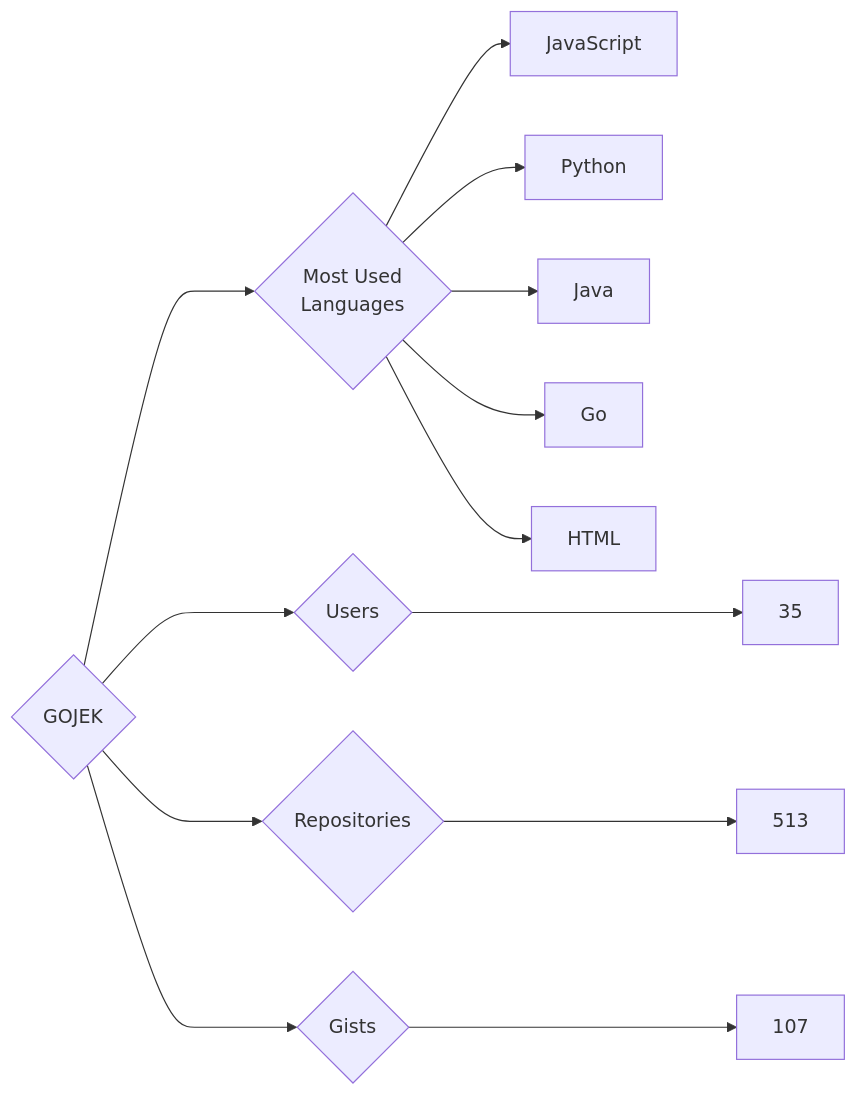
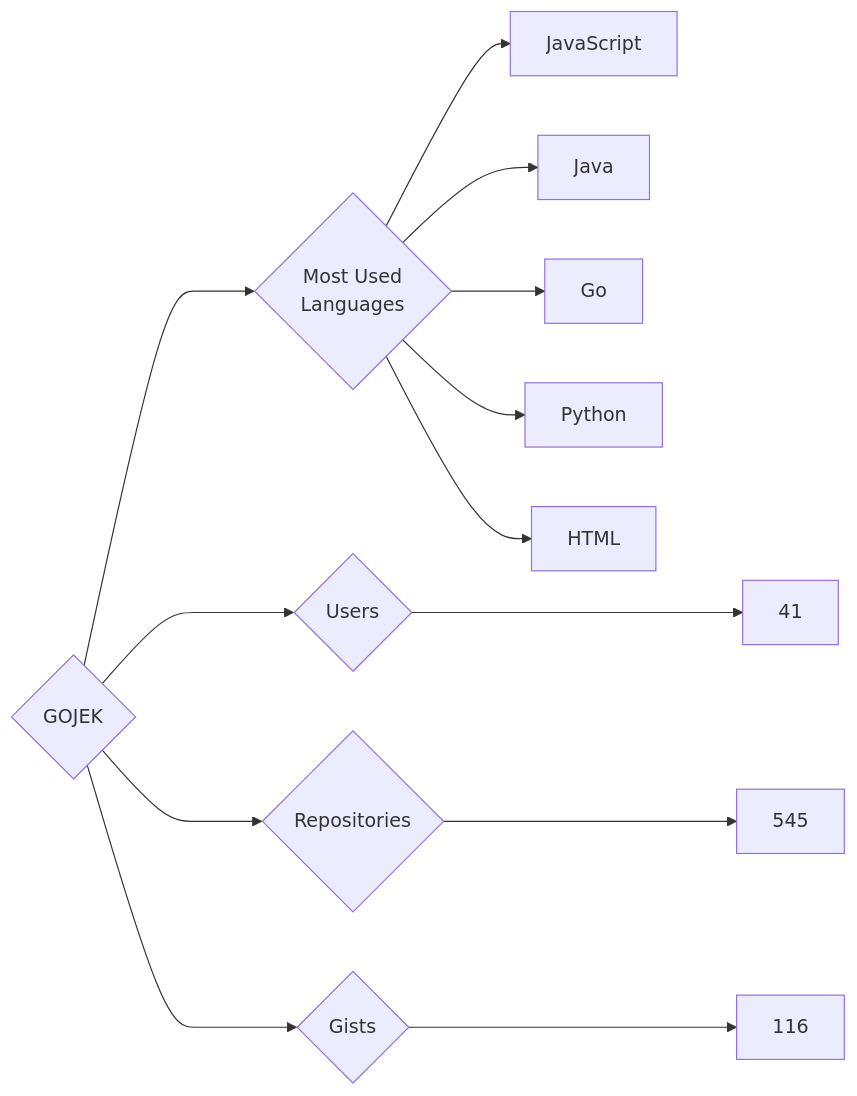
One commit to trickest/insiders changed the diagram in targets/GOJEK/README.md. Above: the diagram before and after it, drawn with Mermaid. The commit also changed 777 other files, not shown here.

````diff
--- a/targets/GOJEK/README.md
+++ b/targets/GOJEK/README.md
@@ -3,13 +3,13 @@
 ```mermaid
 graph LR
 COMPANY_NAME{GOJEK}
-COMPANY_NAME ---> U{Users} ---> UN[35]
-COMPANY_NAME ---> R{Repositories} ---> RN[513]
-COMPANY_NAME ---> G{Gists} ---> GN[107]
+COMPANY_NAME ---> U{Users} ---> UN[41]
+COMPANY_NAME ---> R{Repositories} ---> RN[545]
+COMPANY_NAME ---> G{Gists} ---> GN[116]
 COMPANY_NAME ---> ML{Most Used<br>Languages}
 ML --> JavaScript[JavaScript]
-ML --> Python[Python]
 ML --> Java[Java]
 ML --> Go[Go]
+ML --> Python[Python]
 ML --> HTML[HTML]
 ```
````
